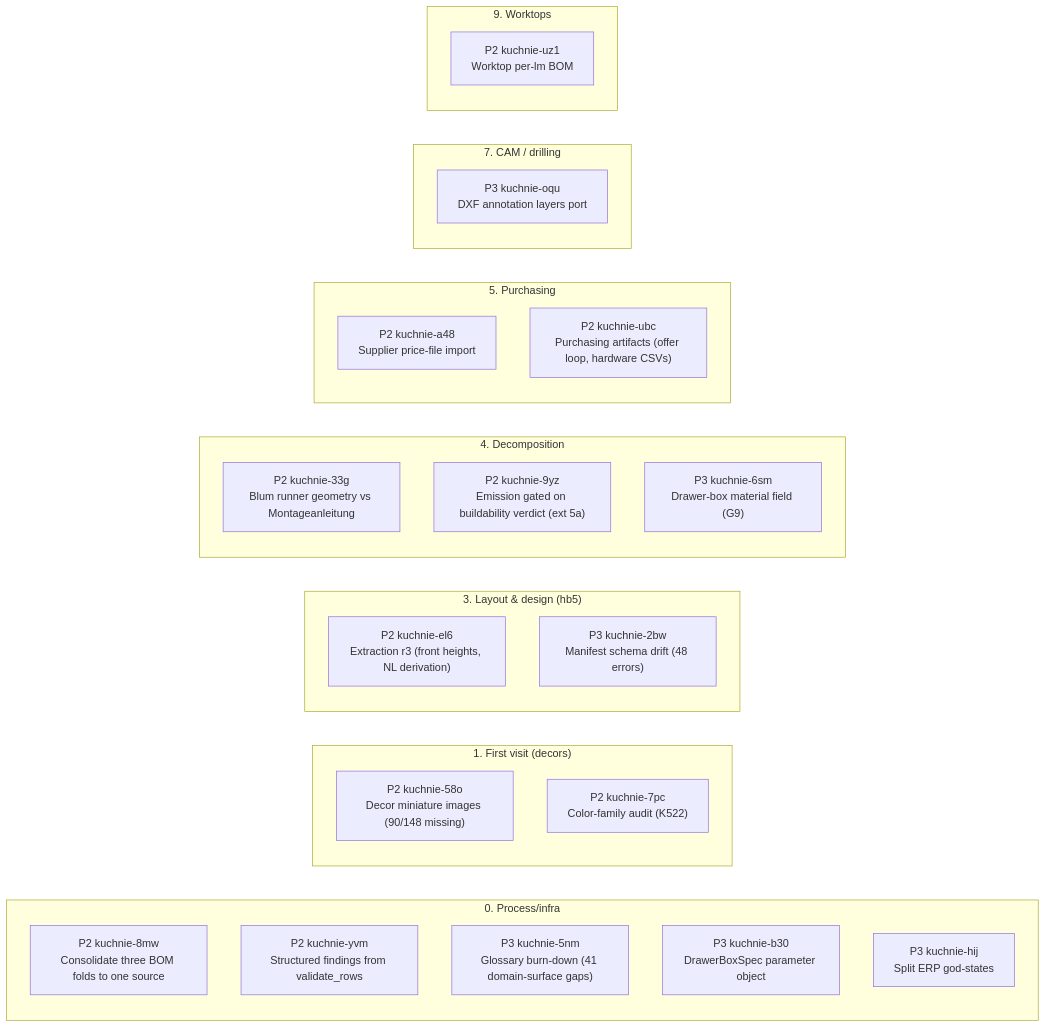
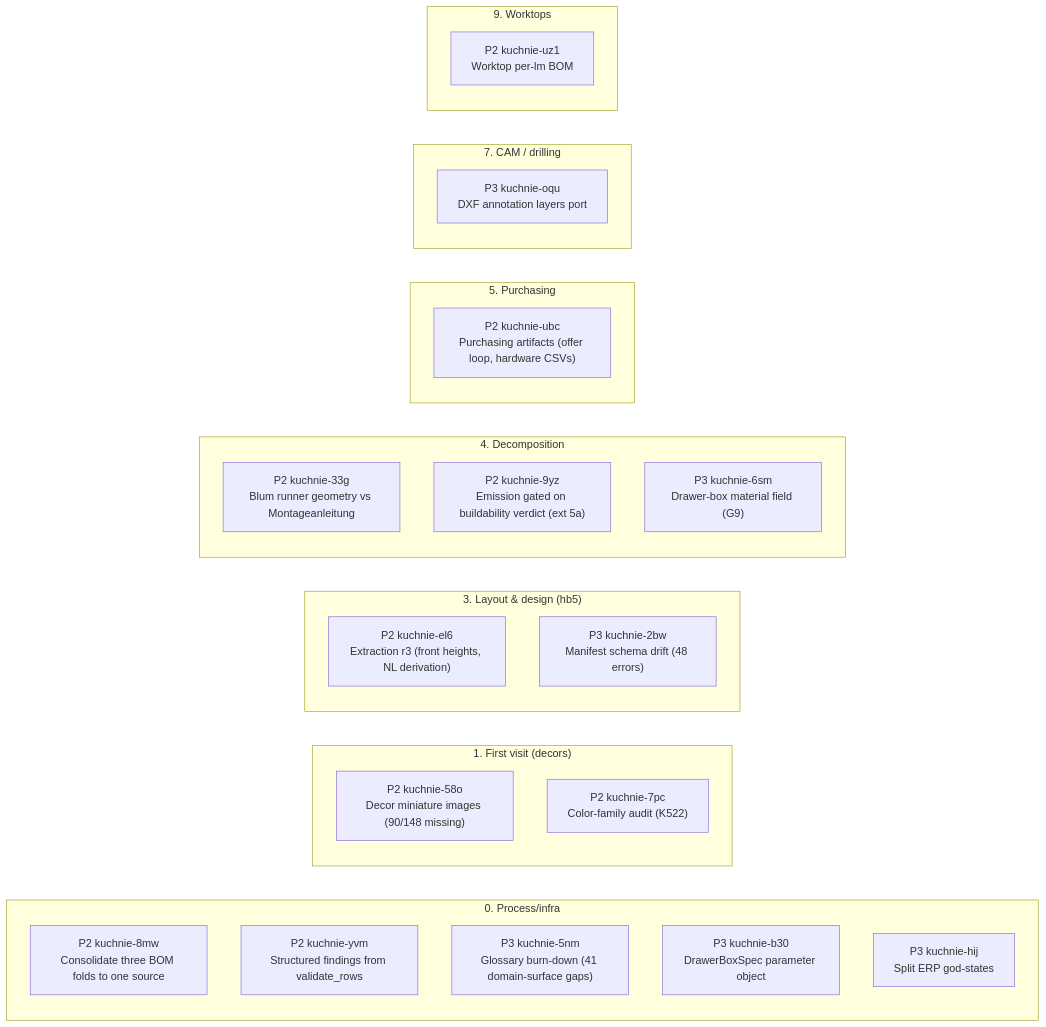
Before and after one commit to m1981/kuchnie: the first of 2 diagrams in STATUS.md, drawn with Mermaid. The commit also changed other lines of this file and 5 other files, not shown here.

````diff
--- a/STATUS.md
+++ b/STATUS.md
@@ -109,33 +108,32 @@
 ```mermaid
 flowchart LR
     subgraph s0 ["0. Process/infra"]
         kuchnie_8mw["P2 kuchnie-8mw<br/>Consolidate three BOM folds to one source"]
         kuchnie_yvm["P2 kuchnie-yvm<br/>Structured findings from validate_rows"]
         kuchnie_5nm["P3 kuchnie-5nm<br/>Glossary burn-down (41 domain-surface gaps)"]
         kuchnie_b30["P3 kuchnie-b30<br/>DrawerBoxSpec parameter object"]
         kuchnie_hij["P3 kuchnie-hij<br/>Split ERP god-states"]
     end
     subgraph s1 ["1. First visit (decors)"]
         kuchnie_58o["P2 kuchnie-58o<br/>Decor miniature images (90/148 missing)"]
         kuchnie_7pc["P2 kuchnie-7pc<br/>Color-family audit (K522)"]
     end
     subgraph s3 ["3. Layout & design (hb5)"]
         kuchnie_el6["P2 kuchnie-el6<br/>Extraction r3 (front heights, NL derivation)"]
         kuchnie_2bw["P3 kuchnie-2bw<br/>Manifest schema drift (48 errors)"]
     end
     subgraph s4 ["4. Decomposition"]
         kuchnie_33g["P2 kuchnie-33g<br/>Blum runner geometry vs Montageanleitung"]
         kuchnie_9yz["P2 kuchnie-9yz<br/>Emission gated on buildability verdict (ext 5a)"]
         kuchnie_6sm["P3 kuchnie-6sm<br/>Drawer-box material field (G9)"]
     end
     subgraph s5 ["5. Purchasing"]
-        kuchnie_a48["P2 kuchnie-a48<br/>Supplier price-file import"]
         kuchnie_ubc["P2 kuchnie-ubc<br/>Purchasing artifacts (offer loop, hardware CSVs)"]
     end
     subgraph s7 ["7. CAM / drilling"]
         kuchnie_oqu["P3 kuchnie-oqu<br/>DXF annotation layers port"]
     end
     subgraph s9 ["9. Worktops"]
         kuchnie_uz1["P2 kuchnie-uz1<br/>Worktop per-lm BOM"]
     end
 ```
````
